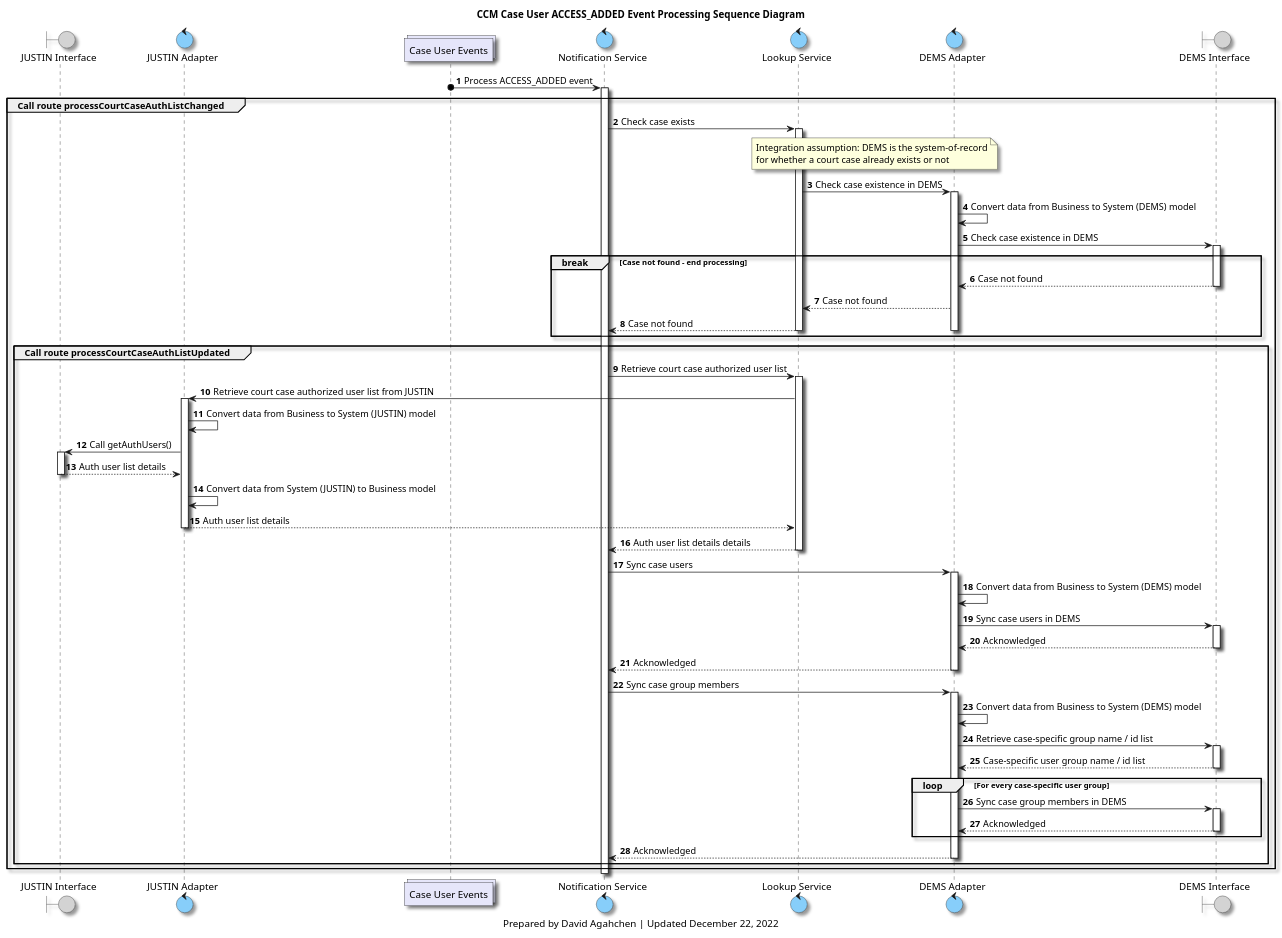
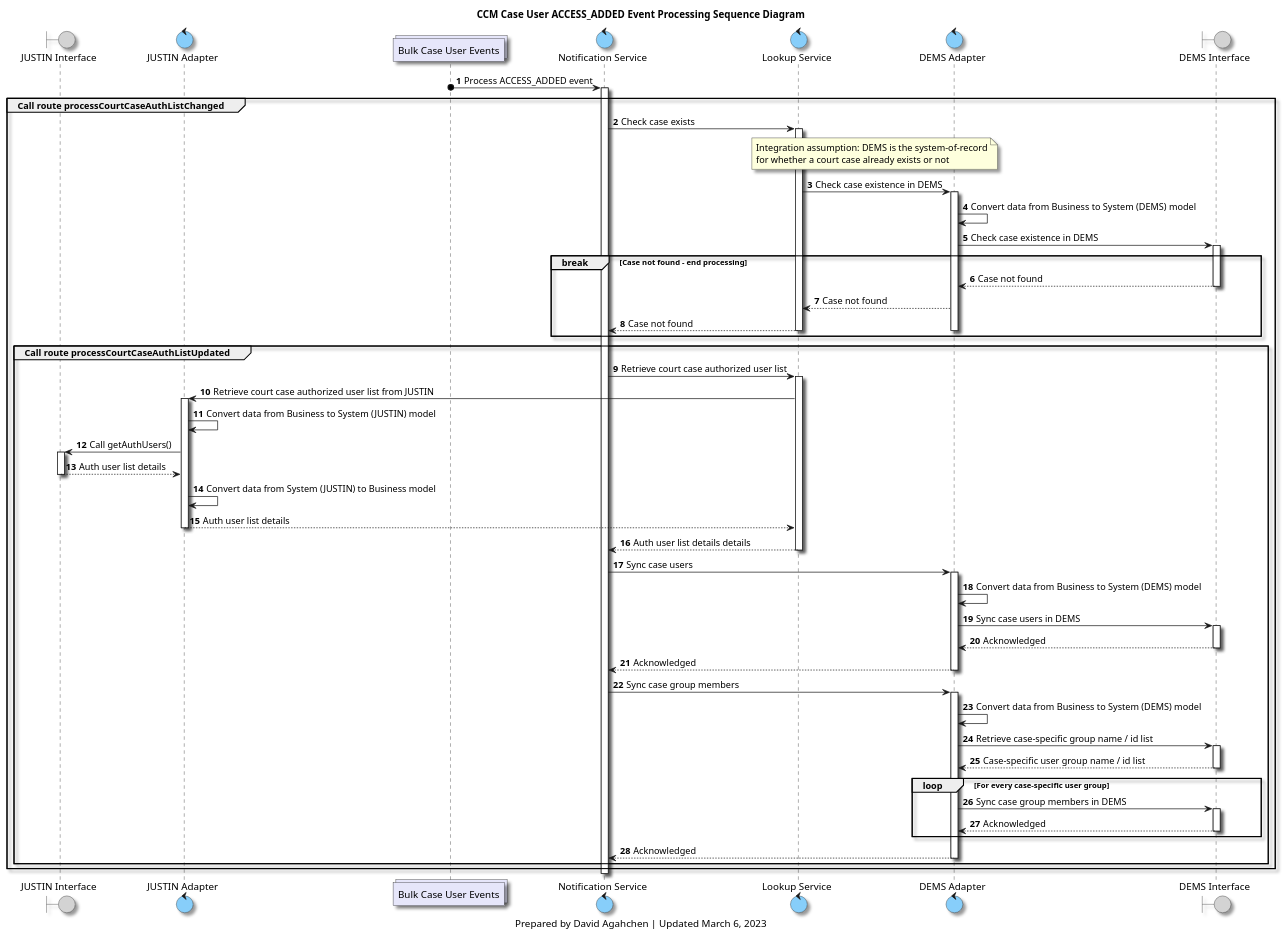
The diagram in diagrams/ccm_case_user_access_added_processing_sequence_diagram.plantuml (bcgov/jpss-jade-ccm), drawn with PlantUML before and after one commit. The commit also changed 6 other files, not shown here.

```diff
--- a/diagrams/ccm_case_user_access_added_processing_sequence_diagram.plantuml
+++ b/diagrams/ccm_case_user_access_added_processing_sequence_diagram.plantuml
@@ -1,108 +1,106 @@
 @startuml
 'hide footbox
 
 skinparam Shadowing true
 skinparam CollectionsBackgroundColor Lavender
 skinparam ControlBackgroundColor LightSkyBlue
 skinparam BoundaryBackgroundColor LightGrey
 
 /' 
 Available colours
 https://plantuml-documentation.readthedocs.io/en/latest/formatting/color-names.html
 '/
 
-collections case_users_topic as "Case User Events"
-
 boundary j_interface as "JUSTIN Interface"
 control j_adapter as "JUSTIN Adapter"
-collections case_users_topic as "Case User Events"
+collections bulk_case_users_topic as "Bulk Case User Events"
 control notification_service as "Notification Service"
 control lookup_service as "Lookup Service"
 control d_adapter as "DEMS Adapter"
 boundary d_interface as "DEMS Interface"
 
 title
 CCM Case User ACCESS_ADDED Event Processing Sequence Diagram
 end title
 
 autonumber
 
-case_users_topic o-> notification_service : Process ACCESS_ADDED event
+bulk_case_users_topic o-> notification_service : Process ACCESS_ADDED event
 activate notification_service
 
 group Call route processCourtCaseAuthListChanged
 
     notification_service -> lookup_service: Check case exists
     activate lookup_service
     note over lookup_service, d_adapter
     Integration assumption: DEMS is the system-of-record
     for whether a court case already exists or not
     end note
     lookup_service -> d_adapter: Check case existence in DEMS
     activate d_adapter
     d_adapter -> d_adapter: Convert data from Business to System (DEMS) model
     d_adapter -> d_interface: Check case existence in DEMS
     activate d_interface
 
     break Case not found - end processing
     d_interface --> d_adapter: Case not found
     deactivate d_interface
     d_adapter --> lookup_service: Case not found
     lookup_service --> notification_service: Case not found
     deactivate lookup_service
     deactivate d_adapter
     end break
 
     group Call route processCourtCaseAuthListUpdated
 
         notification_service -> lookup_service: Retrieve court case authorized user list
         activate lookup_service
         lookup_service -> j_adapter: Retrieve court case authorized user list from JUSTIN
 
         activate j_adapter
         j_adapter -> j_adapter: Convert data from Business to System (JUSTIN) model
         j_adapter -> j_interface: Call getAuthUsers()
         activate j_interface
         j_interface --> j_adapter: Auth user list details
         deactivate j_interface
         j_adapter -> j_adapter: Convert data from System (JUSTIN) to Business model
         j_adapter --> lookup_service: Auth user list details
         deactivate j_adapter
 
         lookup_service --> notification_service: Auth user list details details
         deactivate lookup_service
 
         notification_service -> d_adapter: Sync case users
         activate d_adapter
         d_adapter -> d_adapter: Convert data from Business to System (DEMS) model
         d_adapter -> d_interface: Sync case users in DEMS
         activate d_interface
         d_interface --> d_adapter: Acknowledged
         deactivate d_interface
         d_adapter --> notification_service: Acknowledged
         deactivate d_adapter
 
         notification_service -> d_adapter: Sync case group members
         activate d_adapter
         d_adapter -> d_adapter: Convert data from Business to System (DEMS) model
         d_adapter -> d_interface: Retrieve case-specific group name / id list
         activate d_interface
         d_interface --> d_adapter: Case-specific user group name / id list
         deactivate d_interface
         loop For every case-specific user group
             d_adapter -> d_interface: Sync case group members in DEMS
             activate d_interface
             d_interface --> d_adapter: Acknowledged
             deactivate d_interface
         end
         d_adapter --> notification_service: Acknowledged
         deactivate d_adapter
     end group
 end group
 
 deactivate notification_service
 
 caption
-Prepared by David Agahchen | Updated December 22, 2022
+Prepared by David Agahchen | Updated March 6, 2023
 end caption
 @enduml
```
